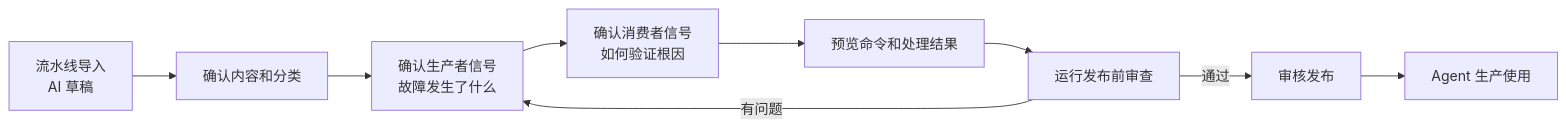
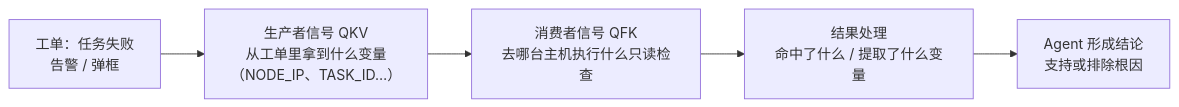
One commit to tomturing/hci-troubleshoot-platform changed the first of 6 diagrams in docs/solution/agent/KBD审核发布操作指南.md. Above: the diagram before and after it, drawn with Mermaid. The commit also changed other lines of this file and 6 other files, not shown here.

````diff
--- a/docs/solution/agent/KBD审核发布操作指南.md
+++ b/docs/solution/agent/KBD审核发布操作指南.md
@@ -17,11 +28,7 @@
 ```mermaid
 flowchart LR
-    A["流水线导入<br/>AI 草稿"] --> B["确认内容和分类"]
-    B --> C["确认生产者信号<br/>故障发生了什么"]
-    C --> D["确认消费者信号<br/>如何验证根因"]
-    D --> E["预览命令和处理结果"]
-    E --> F["运行发布前审查"]
-    F -->|有问题| C
-    F -->|通过| G["审核发布"]
-    G --> H["Agent 生产使用"]
+    A["工单：任务失败<br/>告警 / 弹框"] --> B["生产者信号 QKV<br/>从工单里拿到什么变量<br/>（NODE_IP、TASK_ID…）"]
+    B --> C["消费者信号 QFK<br/>去哪台主机执行什么只读检查"]
+    C --> D["结果处理<br/>命中了什么 / 提取了什么变量"]
+    D --> E["Agent 形成结论<br/>支持或排除根因"]
 ```
````
